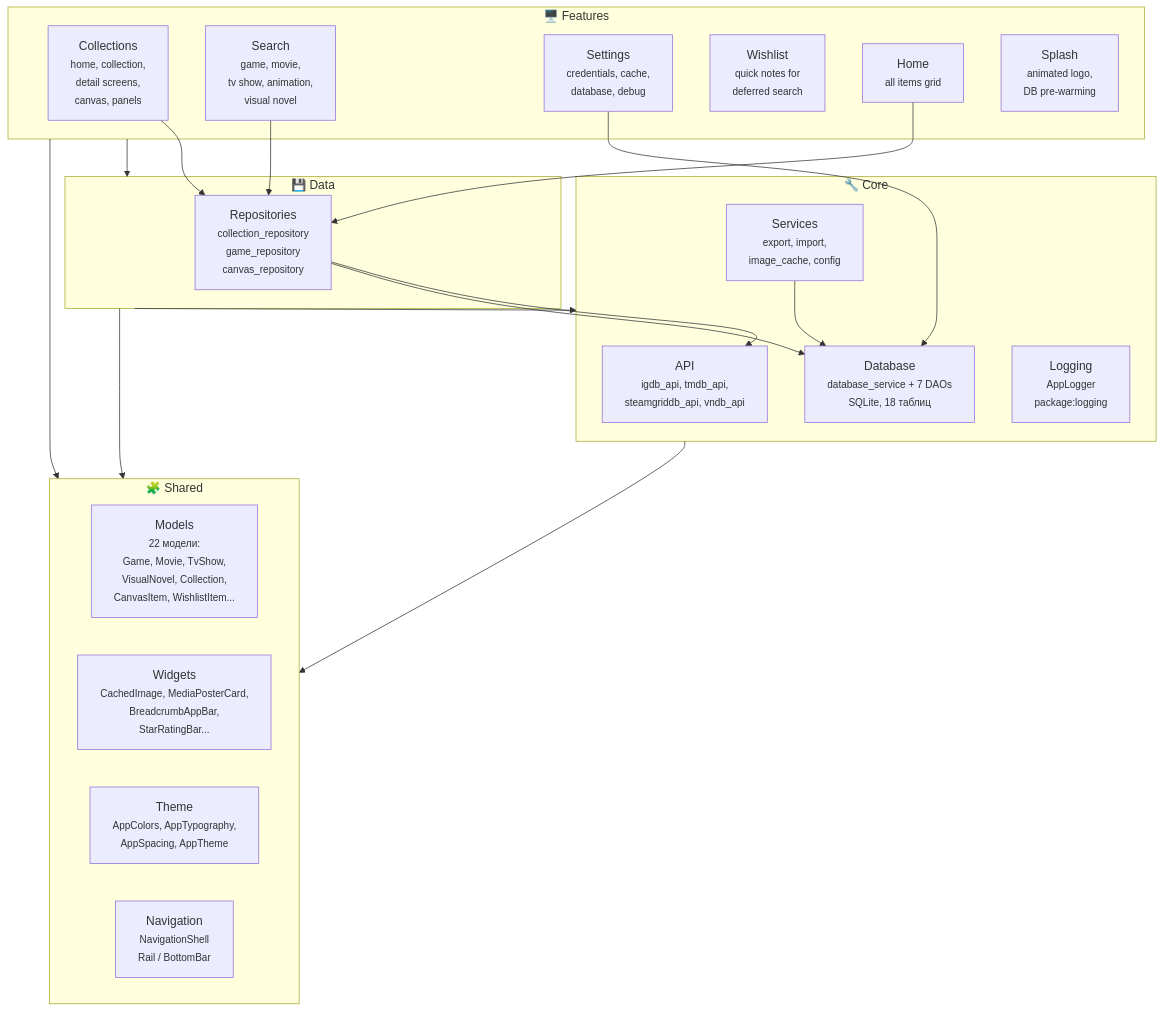
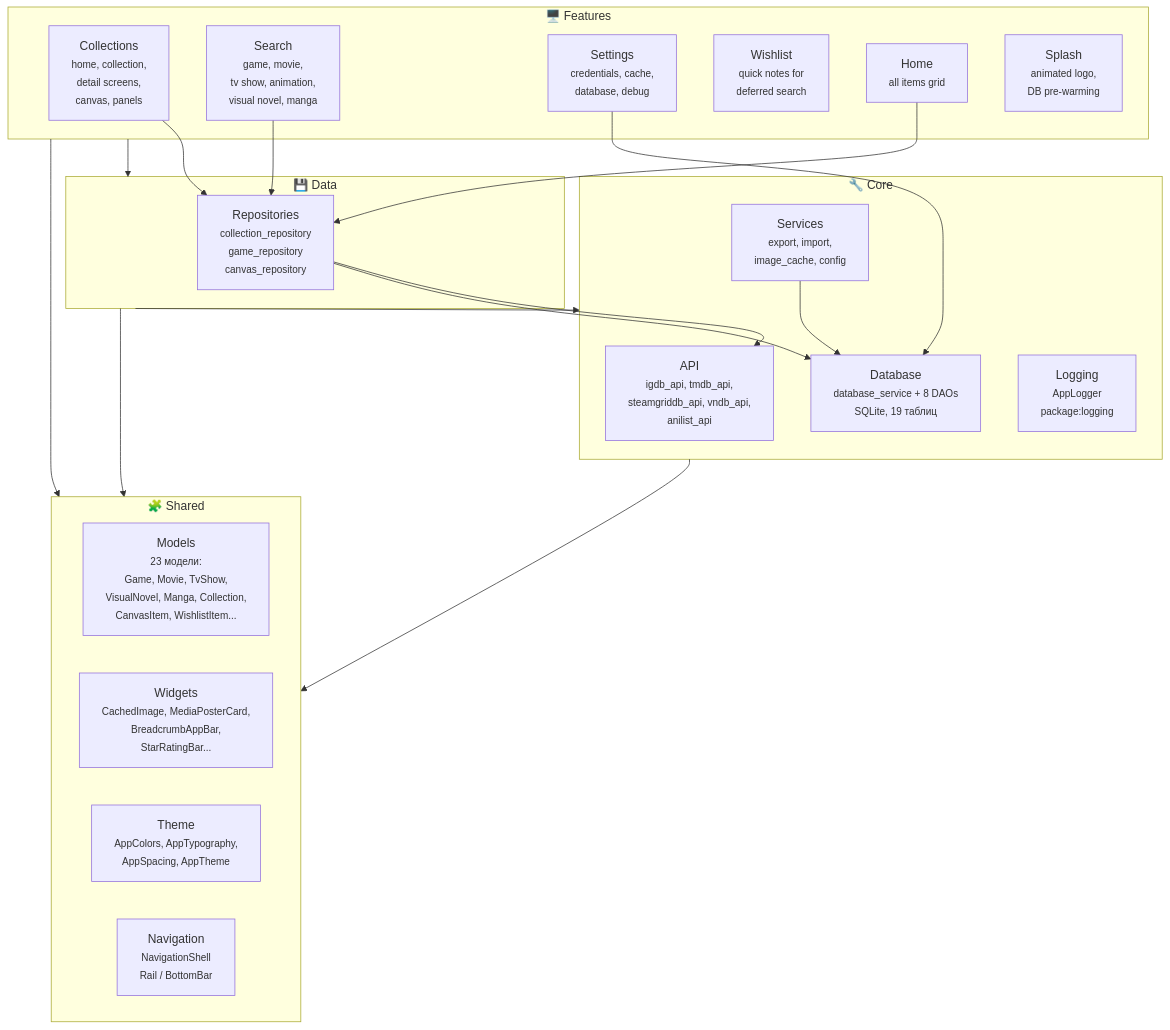
One commit to hacan359/tonkatsu_box changed the first of 2 diagrams in docs/ARCHITECTURE.md. Above: the diagram before and after it, drawn with Mermaid. The commit also changed other lines of this file and 63 other files, not shown here.

````diff
--- a/docs/ARCHITECTURE.md
+++ b/docs/ARCHITECTURE.md
@@ -24,43 +24,43 @@
 ```mermaid
 graph TB
     subgraph core ["🔧 Core"]
-        api["API<br/><small>igdb_api, tmdb_api,<br/>steamgriddb_api, vndb_api</small>"]
-        database["Database<br/><small>database_service + 7 DAOs<br/>SQLite, 18 таблиц</small>"]
+        api["API<br/><small>igdb_api, tmdb_api,<br/>steamgriddb_api, vndb_api,<br/>anilist_api</small>"]
+        database["Database<br/><small>database_service + 8 DAOs<br/>SQLite, 19 таблиц</small>"]
         logging["Logging<br/><small>AppLogger<br/>package:logging</small>"]
         services["Services<br/><small>export, import,<br/>image_cache, config</small>"]
     end
 
     subgraph data ["💾 Data"]
         repositories["Repositories<br/><small>collection_repository<br/>game_repository<br/>canvas_repository</small>"]
     end
 
     subgraph features ["🖥️ Features"]
         collections["Collections<br/><small>home, collection,<br/>detail screens,<br/>canvas, panels</small>"]
-        search["Search<br/><small>game, movie,<br/>tv show, animation,<br/>visual novel</small>"]
+        search["Search<br/><small>game, movie,<br/>tv show, animation,<br/>visual novel, manga</small>"]
         settings["Settings<br/><small>credentials, cache,<br/>database, debug</small>"]
         wishlist["Wishlist<br/><small>quick notes for<br/>deferred search</small>"]
         home["Home<br/><small>all items grid</small>"]
         splash["Splash<br/><small>animated logo,<br/>DB pre-warming</small>"]
     end
 
     subgraph shared ["🧩 Shared"]
-        models["Models<br/><small>22 модели:<br/>Game, Movie, TvShow,<br/>VisualNovel, Collection,<br/>CanvasItem, WishlistItem...</small>"]
+        models["Models<br/><small>23 модели:<br/>Game, Movie, TvShow,<br/>VisualNovel, Manga, Collection,<br/>CanvasItem, WishlistItem...</small>"]
         widgets["Widgets<br/><small>CachedImage, MediaPosterCard,<br/>BreadcrumbAppBar,<br/>StarRatingBar...</small>"]
         theme["Theme<br/><small>AppColors, AppTypography,<br/>AppSpacing, AppTheme</small>"]
         navigation["Navigation<br/><small>NavigationShell<br/>Rail / BottomBar</small>"]
     end
 
     features --> data
     features --> shared
     data --> core
     data --> shared
     core --> shared
 
     collections --> repositories
     search --> repositories
     settings --> database
     home --> repositories
     repositories --> api
     repositories --> database
     services --> database
 ```
````
